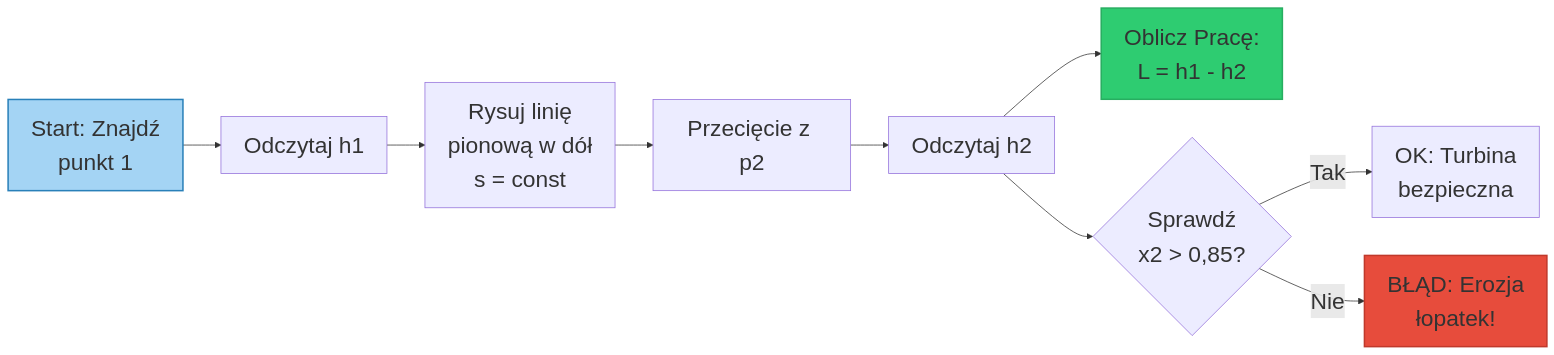
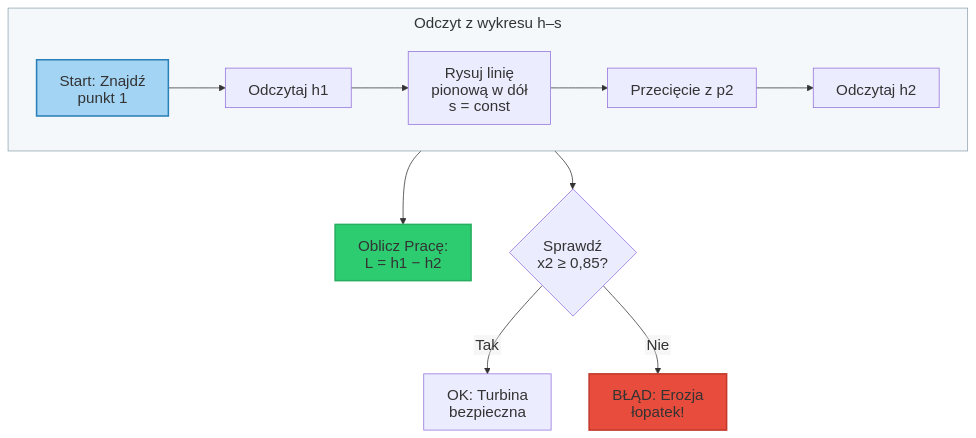
The diagram in Wyklady/05_Wlasciwosci_Substancji_II.qmd (moondec/Termodynamika), drawn with Mermaid before and after one commit. The commit also changed other lines of this file and 84 other files, not shown here.

First line of the commit message:
Wykłady: diagramy mermaid bez ucinania i dopasowane do slajdów

````diff
--- a/Wyklady/05_Wlasciwosci_Substancji_II.qmd
+++ b/Wyklady/05_Wlasciwosci_Substancji_II.qmd
@@ -679,16 +680,20 @@
 ```{mermaid}
-%%{init: {'theme': 'default', 'themeVariables': { 'fontSize': '30px', 'fontFamily': 'Lato'}}}%%
-flowchart LR
-    A[Start: Znajdź <br>punkt 1] --> B[Odczytaj h1]
-    B --> C[Rysuj linię <br>pionową w dół<br>s = const]
-    C --> D[Przecięcie z p2]
-    D --> E[Odczytaj h2]
-    E --> F[Oblicz Pracę: <br>L = h1 - h2]
-    E --> G{"Sprawdź <br>x2 > 0,85?"}
-    G -- Tak --> H[OK: Turbina <br>bezpieczna]
-    G -- Nie --> I[BŁĄD: Erozja <br>łopatek!]
+%%{init: {'theme': 'default', 'themeVariables': {'fontSize': '20px', 'fontFamily': 'Arial, Helvetica, sans-serif'}, 'htmlLabels': false, 'flowchart': {'htmlLabels': false, 'wrappingWidth': 400, 'subGraphTitleMargin': {'top': 6, 'bottom': 16}}}}%%
+flowchart TB
+    subgraph ODCZYT ["Odczyt z wykresu h–s"]
+        direction LR
+        A["Start: Znajdź<br>punkt 1"] --> B["Odczytaj h1"]
+        B --> C["Rysuj linię<br>pionową w dół<br>s = const"]
+        C --> D["Przecięcie z p2"]
+        D --> E["Odczytaj h2"]
+    end
+    ODCZYT --> F["Oblicz Pracę:<br>L = h1 − h2"]
+    ODCZYT --> G{"Sprawdź<br>x2 ≥ 0,85?"}
+    G -- Tak --> H["OK: Turbina<br>bezpieczna"]
+    G -- Nie --> I["BŁĄD: Erozja<br>łopatek!"]
 
     style A fill:#a4d4f4ff,stroke:#2980b9,stroke-width:2px
     style F fill:#2ecc71,stroke:#27ae60,stroke-width:2px
     style I fill:#e74c3c,stroke:#c0392b,stroke-width:2px
+    style ODCZYT fill:#f4f8fb,stroke:#90a4ae,stroke-width:1px
 ```
````
